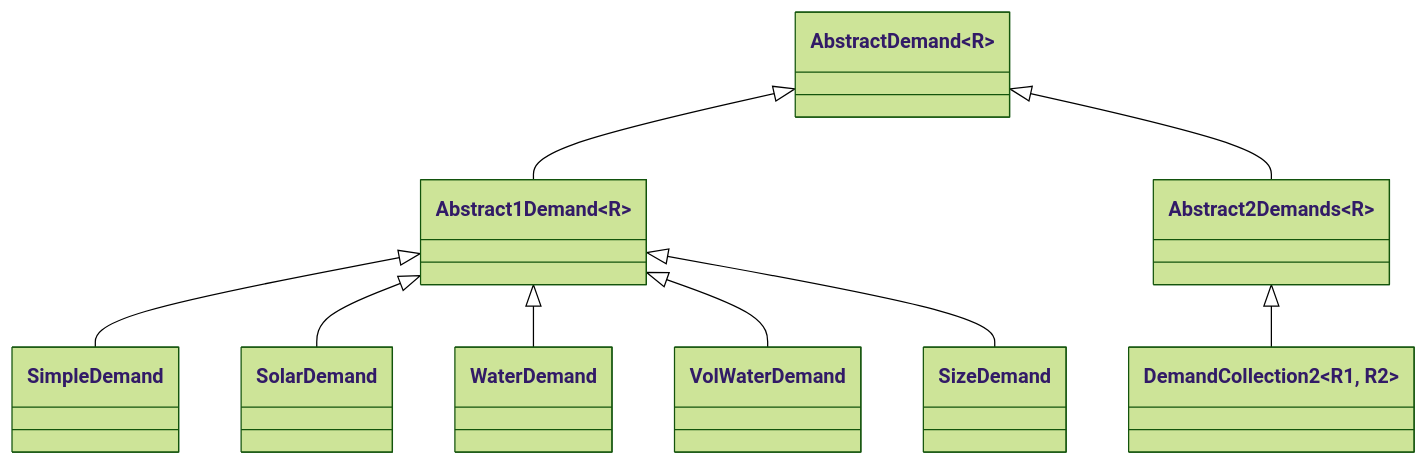
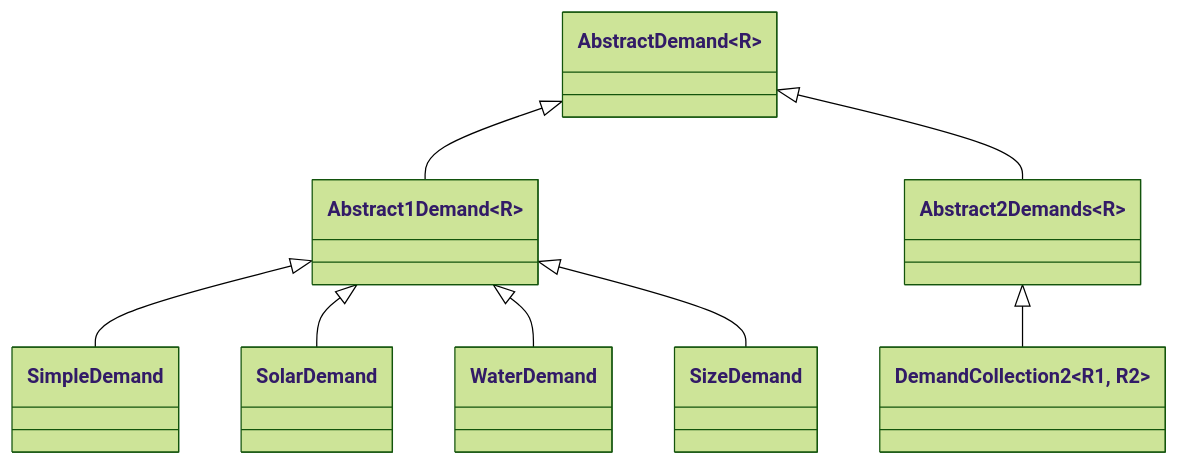
The eighth of 11 diagrams in docs/architecture.md (EcoJulia/EcoSISTEM.jl), drawn with Mermaid (forest theme) before and after one commit. The commit also changed other lines of this file and 31 other files, not shown here.

````diff
--- a/docs/architecture.md
+++ b/docs/architecture.md
@@ -223,15 +223,14 @@
 ```mermaid
 classDiagram
     class AbstractDemand~R~
     class Abstract1Demand~R~
     class Abstract2Demands~R~
     class DemandCollection2~R1, R2~
     AbstractDemand   <|-- Abstract1Demand
     AbstractDemand   <|-- Abstract2Demands
     Abstract1Demand  <|-- SimpleDemand
     Abstract1Demand  <|-- SolarDemand
     Abstract1Demand  <|-- WaterDemand
-    Abstract1Demand  <|-- VolWaterDemand
     Abstract1Demand  <|-- SizeDemand
     Abstract2Demands <|-- DemandCollection2
 ```
````
